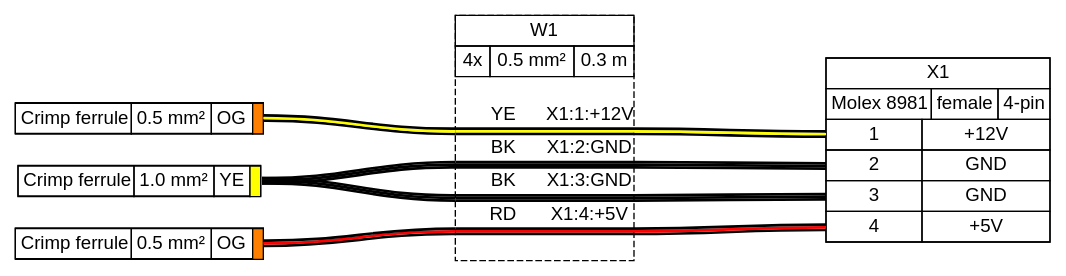
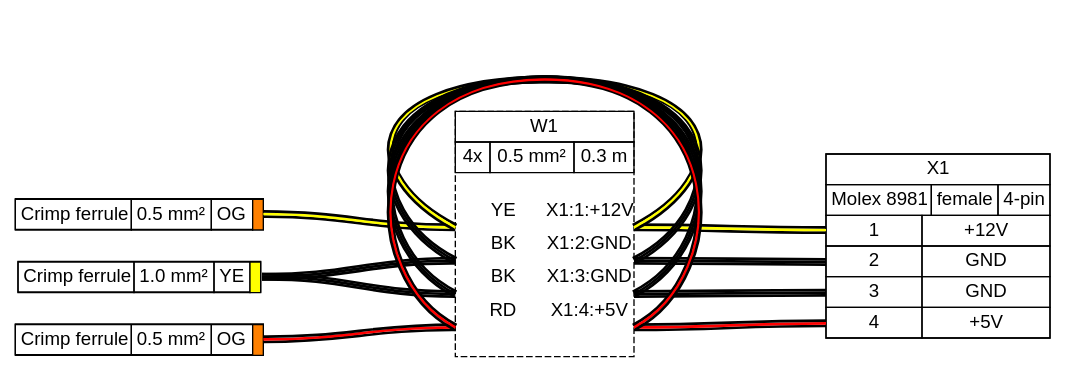
Before and after one commit to wireviz/WireViz: the diagram in tutorial/tutorial06.gv, drawn with Graphviz. The commit also changed 104 other files, not shown here.

```diff
--- a/tutorial/tutorial06.gv
+++ b/tutorial/tutorial06.gv
@@ -1,177 +1,174 @@
 graph {
-// Graph generated by WireViz 0.4
+// Graph generated by WireViz 0.5-dev
 // https://github.com/formatc1702/WireViz
 	graph [bgcolor="#FFFFFF" fontname=arial nodesep=0.33 rankdir=LR ranksep=2]
 	node [fillcolor="#FFFFFF" fontname=arial height=0 margin=0 shape=none style=filled width=0]
 	edge [fontname=arial style=bold]
 	__F_05_1 [label=<
 <table border="0" cellspacing="0" cellpadding="0">
  <tr><td>
   <table border="0" cellspacing="0" cellpadding="3" cellborder="1"><tr>
    <td balign="left">Crimp ferrule</td>
    <td balign="left">0.5 mm²</td>
    <td balign="left">OG</td>
    <td balign="left" bgcolor="#FF8000" width="4"></td>
   </tr></table>
  </td></tr>
 </table>
 > fillcolor="#FFFFFF" shape=box style=filled]
 	F1 [label=<
 <table border="0" cellspacing="0" cellpadding="0">
  <tr><td>
   <table border="0" cellspacing="0" cellpadding="3" cellborder="1"><tr>
    <td balign="left">Crimp ferrule</td>
    <td balign="left">1.0 mm²</td>
    <td balign="left">YE</td>
    <td balign="left" bgcolor="#FFFF00" width="4"></td>
   </tr></table>
  </td></tr>
 </table>
 > fillcolor="#FFFFFF" shape=box style=filled]
 	__F_05_2 [label=<
 <table border="0" cellspacing="0" cellpadding="0">
  <tr><td>
   <table border="0" cellspacing="0" cellpadding="3" cellborder="1"><tr>
    <td balign="left">Crimp ferrule</td>
    <td balign="left">0.5 mm²</td>
    <td balign="left">OG</td>
    <td balign="left" bgcolor="#FF8000" width="4"></td>
   </tr></table>
  </td></tr>
 </table>
 > fillcolor="#FFFFFF" shape=box style=filled]
+	edge [headclip=true style=bold tailclip=true]
 	X1 [label=<
 <table border="0" cellspacing="0" cellpadding="0">
  <tr><td>
   <table border="0" cellspacing="0" cellpadding="3" cellborder="1"><tr>
    <td balign="left">X1</td>
   </tr></table>
  </td></tr>
  <tr><td>
   <table border="0" cellspacing="0" cellpadding="3" cellborder="1"><tr>
    <td balign="left">Molex 8981</td>
    <td balign="left">female</td>
    <td balign="left">4-pin</td>
   </tr></table>
  </td></tr>
  <tr><td>
   <table border="0" cellspacing="0" cellpadding="3" cellborder="1">
    <tr>
     <td port="p1l">1</td>
     <td>+12V</td>
    </tr>
    <tr>
     <td port="p2l">2</td>
     <td>GND</td>
    </tr>
    <tr>
     <td port="p3l">3</td>
     <td>GND</td>
    </tr>
    <tr>
     <td port="p4l">4</td>
     <td>+5V</td>
    </tr>
   </table>
  </td></tr>
 </table>
 > fillcolor="#FFFFFF" shape=box style=filled]
 	edge [color="#000000:#ffff00:#000000"]
 	__F_05_1:e -- W1:w1:w
 	W1:w1:e -- X1:p1l:w
+	W1:w1:w -- W1:w1:e [straight=straight]
 	edge [color="#000000:#000000:#000000"]
 	F1:e -- W1:w2:w
 	W1:w2:e -- X1:p2l:w
+	W1:w2:w -- W1:w2:e [straight=straight]
 	edge [color="#000000:#000000:#000000"]
 	F1:e -- W1:w3:w
 	W1:w3:e -- X1:p3l:w
+	W1:w3:w -- W1:w3:e [straight=straight]
 	edge [color="#000000:#ff0000:#000000"]
 	__F_05_2:e -- W1:w4:w
 	W1:w4:e -- X1:p4l:w
+	W1:w4:w -- W1:w4:e [straight=straight]
 	W1 [label=<
 <table border="0" cellspacing="0" cellpadding="0">
  <tr><td>
   <table border="0" cellspacing="0" cellpadding="3" cellborder="1"><tr>
    <td balign="left">W1</td>
   </tr></table>
  </td></tr>
  <tr><td>
   <table border="0" cellspacing="0" cellpadding="3" cellborder="1"><tr>
    <td balign="left">4x</td>
    <td balign="left">0.5 mm²</td>
    <td balign="left">0.3 m</td>
   </tr></table>
  </td></tr>
  <tr><td>
   <table border="0" cellspacing="0" cellborder="0">
    <tr><td>&nbsp;</td></tr>
    <tr>
     <td></td>
     <td>
      YE
     </td>
     <td>X1:1:+12V</td>
    </tr>
    <tr>
     <td colspan="3" border="0" cellspacing="0" cellpadding="0" port="w1" height="6">
      <table cellspacing="0" cellborder="0" border="0">
-      <tr><td colspan="3" cellpadding="0" height="2" bgcolor="#000000" border="0"></td></tr>
-      <tr><td colspan="3" cellpadding="0" height="2" bgcolor="#ffff00" border="0"></td></tr>
-      <tr><td colspan="3" cellpadding="0" height="2" bgcolor="#000000" border="0"></td></tr>
+    <tr><td colspan="3" cellpadding="0" height="6" border="0"></td></tr>
      </table>
     </td>
    </tr>
    <tr>
     <td></td>
     <td>
      BK
     </td>
     <td>X1:2:GND</td>
    </tr>
    <tr>
     <td colspan="3" border="0" cellspacing="0" cellpadding="0" port="w2" height="6">
      <table cellspacing="0" cellborder="0" border="0">
-      <tr><td colspan="3" cellpadding="0" height="2" bgcolor="#000000" border="0"></td></tr>
-      <tr><td colspan="3" cellpadding="0" height="2" bgcolor="#000000" border="0"></td></tr>
-      <tr><td colspan="3" cellpadding="0" height="2" bgcolor="#000000" border="0"></td></tr>
+    <tr><td colspan="3" cellpadding="0" height="6" border="0"></td></tr>
      </table>
     </td>
    </tr>
    <tr>
     <td></td>
     <td>
      BK
     </td>
     <td>X1:3:GND</td>
    </tr>
    <tr>
     <td colspan="3" border="0" cellspacing="0" cellpadding="0" port="w3" height="6">
      <table cellspacing="0" cellborder="0" border="0">
-      <tr><td colspan="3" cellpadding="0" height="2" bgcolor="#000000" border="0"></td></tr>
-      <tr><td colspan="3" cellpadding="0" height="2" bgcolor="#000000" border="0"></td></tr>
-      <tr><td colspan="3" cellpadding="0" height="2" bgcolor="#000000" border="0"></td></tr>
+    <tr><td colspan="3" cellpadding="0" height="6" border="0"></td></tr>
      </table>
     </td>
    </tr>
    <tr>
     <td></td>
     <td>
      RD
     </td>
     <td>X1:4:+5V</td>
    </tr>
    <tr>
     <td colspan="3" border="0" cellspacing="0" cellpadding="0" port="w4" height="6">
      <table cellspacing="0" cellborder="0" border="0">
-      <tr><td colspan="3" cellpadding="0" height="2" bgcolor="#000000" border="0"></td></tr>
-      <tr><td colspan="3" cellpadding="0" height="2" bgcolor="#ff0000" border="0"></td></tr>
-      <tr><td colspan="3" cellpadding="0" height="2" bgcolor="#000000" border="0"></td></tr>
+    <tr><td colspan="3" cellpadding="0" height="6" border="0"></td></tr>
      </table>
     </td>
    </tr>
    <tr><td>&nbsp;</td></tr>
   </table>
  </td></tr>
 </table>
 > fillcolor="#FFFFFF" shape=box style="filled,dashed"]
 }
```
